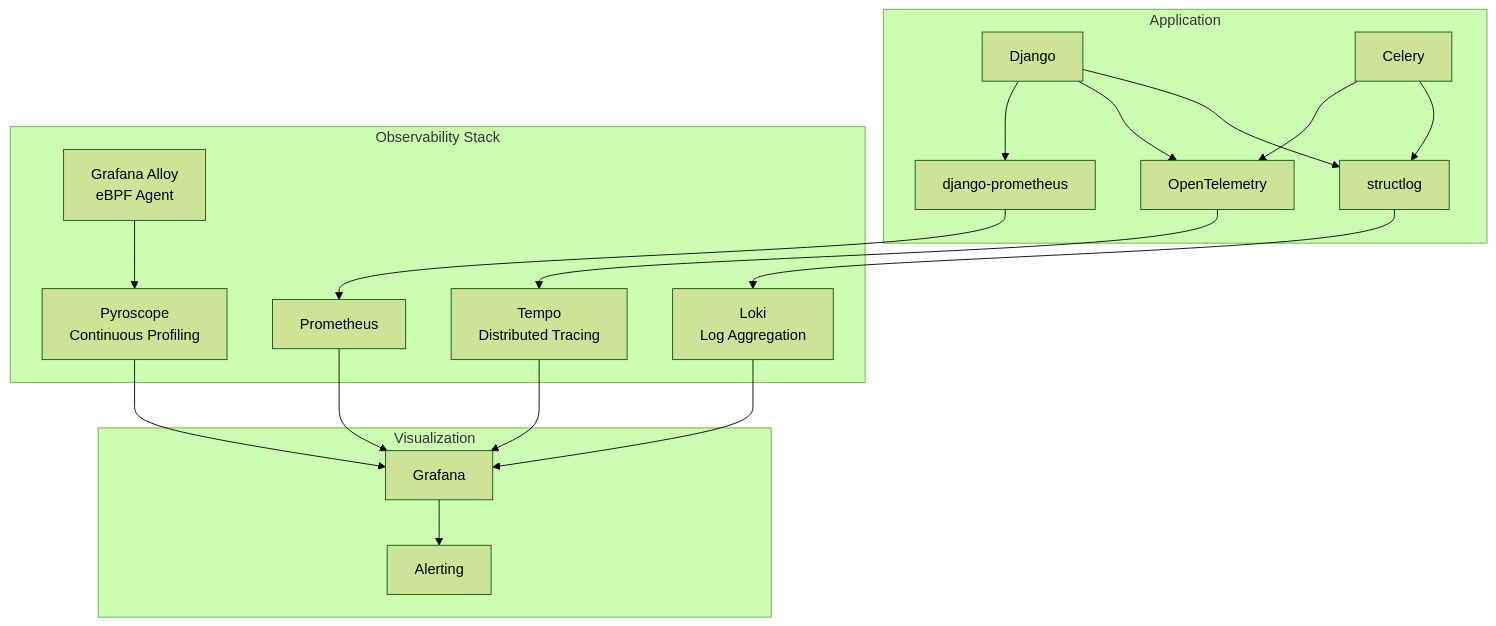
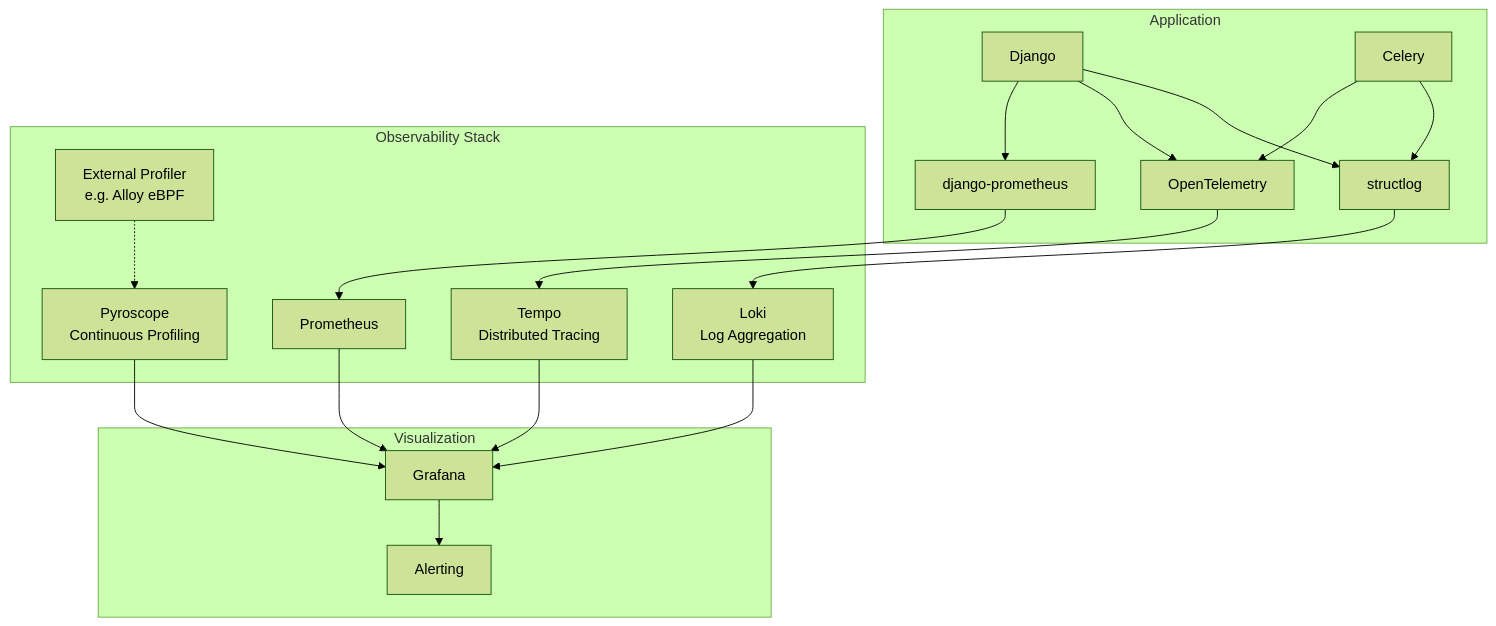
Before and after one commit to letsrevel/revel-backend: the diagram in docs/guides/observability.md, drawn with Mermaid (forest theme). The commit also changed other lines of this file and 38 other files, not shown here.

````diff
--- a/docs/guides/observability.md
+++ b/docs/guides/observability.md
@@ -9,25 +9,25 @@
 ```mermaid
 flowchart TB
     subgraph Application
         DJ[Django] --> SL[structlog]
         DJ --> OT[OpenTelemetry]
         DJ --> PM[django-prometheus]
         CL[Celery] --> SL
         CL --> OT
     end
 
     subgraph Observability Stack
         SL --> LK[Loki<br/>Log Aggregation]
         OT --> TP[Tempo<br/>Distributed Tracing]
         PM --> PR[Prometheus]
-        AL[Grafana Alloy<br/>eBPF Agent] --> PY[Pyroscope<br/>Continuous Profiling]
+        AL[External Profiler<br/>e.g. Alloy eBPF] -.-> PY[Pyroscope<br/>Continuous Profiling]
     end
 
     subgraph Visualization
         LK --> GF[Grafana]
         TP --> GF
         PR --> GF
         PY --> GF
         GF --> ALR[Alerting]
     end
 ```
````
